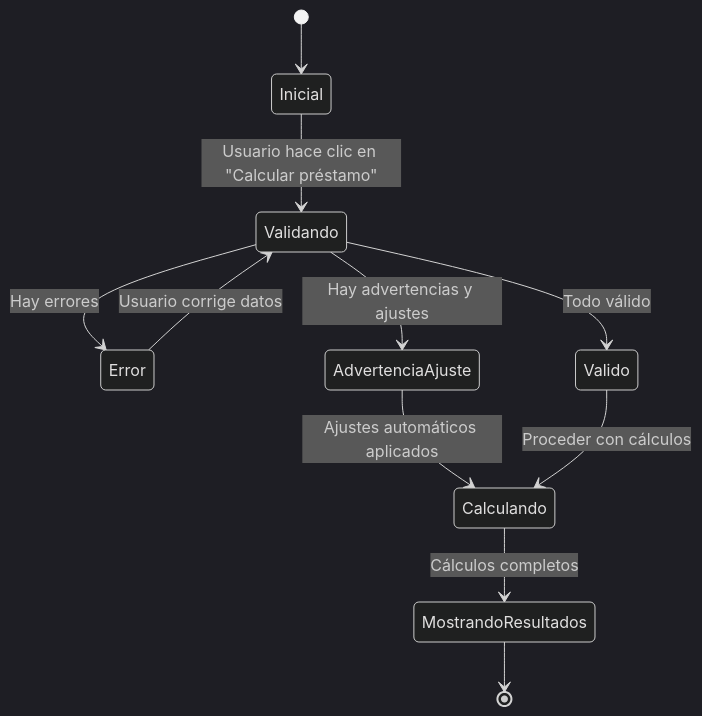
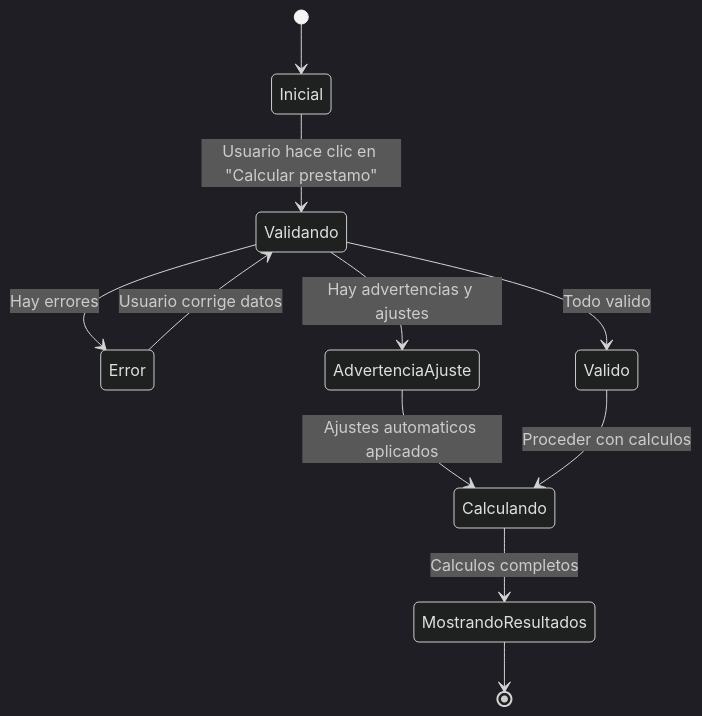
The ninth of 15 diagrams in diagrams/validations.md (santiagoblanco22/calculator_dayana), drawn with Mermaid (dark theme) before and after one commit. The commit also changed other lines of this file and 3 other files, not shown here.

````diff
--- a/diagrams/validations.md
+++ b/diagrams/validations.md
@@ -154,16 +154,16 @@
 ```mermaid
 stateDiagram-v2
     [*] --> Inicial
-    Inicial --> Validando: Usuario hace clic en "Calcular préstamo"
+    Inicial --> Validando: Usuario hace clic en "Calcular prestamo"
 
     Validando --> Error: Hay errores
     Validando --> AdvertenciaAjuste: Hay advertencias y ajustes
-    Validando --> Valido: Todo válido
+    Validando --> Valido: Todo valido
 
     Error --> Validando: Usuario corrige datos
-    AdvertenciaAjuste --> Calculando: Ajustes automáticos aplicados
-    Valido --> Calculando: Proceder con cálculos
+    AdvertenciaAjuste --> Calculando: Ajustes automaticos aplicados
+    Valido --> Calculando: Proceder con calculos
 
-    Calculando --> MostrandoResultados: Cálculos completos
+    Calculando --> MostrandoResultados: Calculos completos
     MostrandoResultados --> [*]
 ```
````
